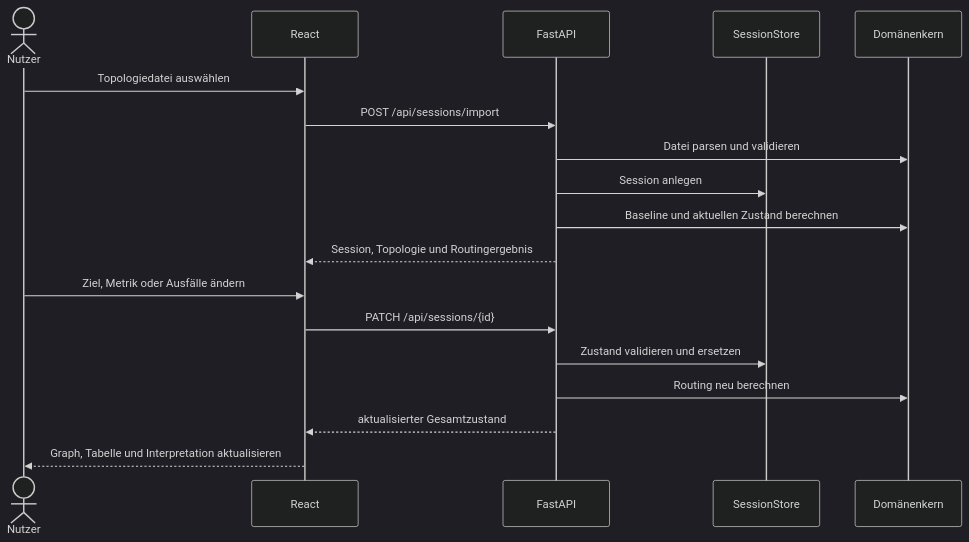
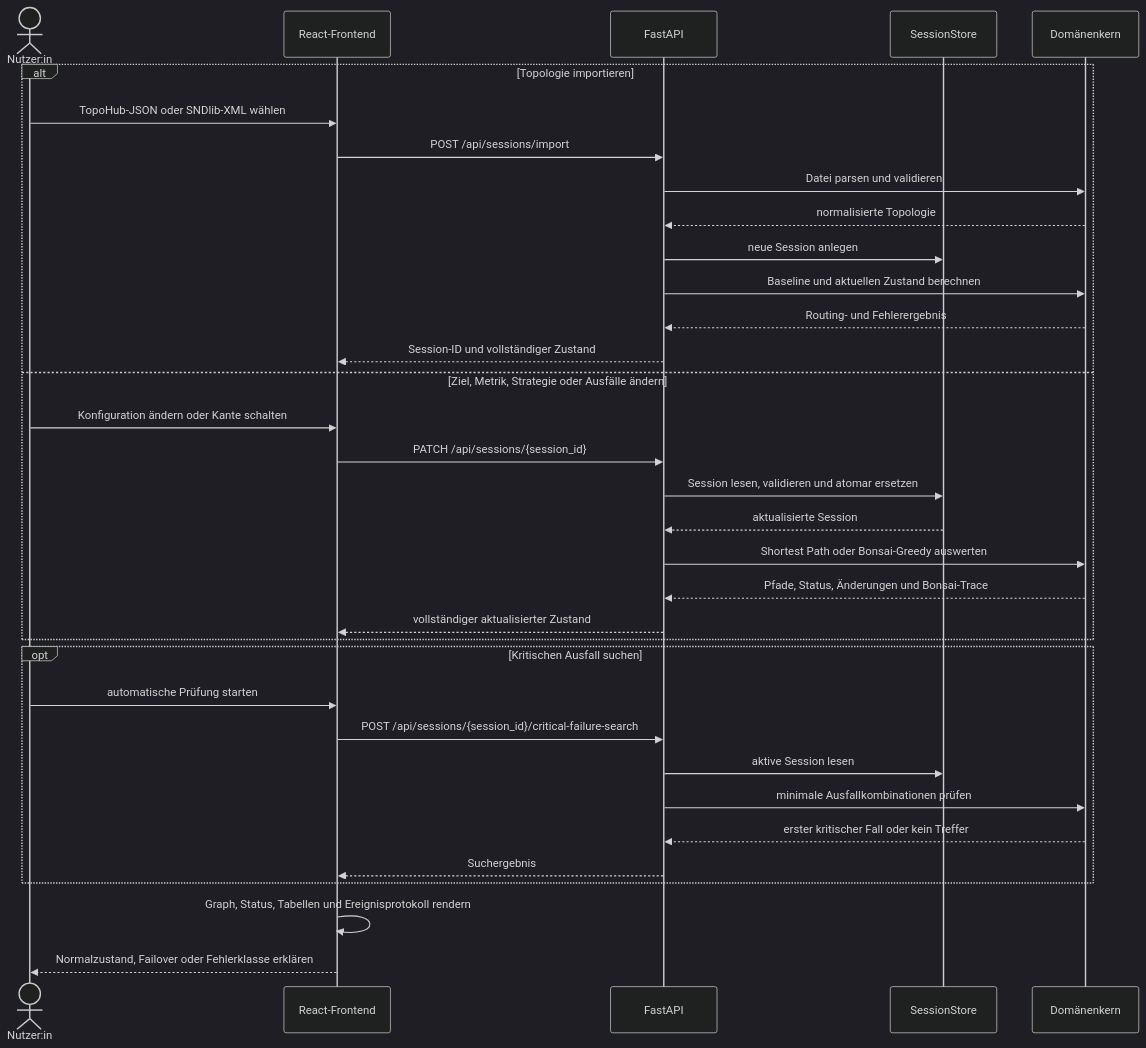
The second of 2 diagrams in ARCHITECTURE.md (sammo3332/routing-simulator-hci-concept), drawn with Mermaid (dark theme) before and after one commit. The commit also changed other lines of this file, not shown here.

Commit message:
docs: replace legacy architecture and failover diagrams

````diff
--- a/ARCHITECTURE.md
+++ b/ARCHITECTURE.md
@@ -162,22 +181,39 @@
 ```mermaid
 sequenceDiagram
-    actor U as Nutzer
-    participant F as React
+    actor U as Nutzer:in
+    participant F as React-Frontend
     participant A as FastAPI
     participant S as SessionStore
     participant C as Domänenkern
 
-    U->>F: Topologiedatei auswählen
-    F->>A: POST /api/sessions/import
-    A->>C: Datei parsen und validieren
-    A->>S: Session anlegen
-    A->>C: Baseline und aktuellen Zustand berechnen
-    A-->>F: Session, Topologie und Routingergebnis
+    alt Topologie importieren
+        U->>F: TopoHub-JSON oder SNDlib-XML wählen
+        F->>A: POST /api/sessions/import
+        A->>C: Datei parsen und validieren
+        C-->>A: normalisierte Topologie
+        A->>S: neue Session anlegen
+        A->>C: Baseline und aktuellen Zustand berechnen
+        C-->>A: Routing- und Fehlerergebnis
+        A-->>F: Session-ID und vollständiger Zustand
+    else Ziel, Metrik, Strategie oder Ausfälle ändern
+        U->>F: Konfiguration ändern oder Kante schalten
+        F->>A: PATCH /api/sessions/{session_id}
+        A->>S: Session lesen, validieren und atomar ersetzen
+        S-->>A: aktualisierte Session
+        A->>C: Shortest Path oder Bonsai-Greedy auswerten
+        C-->>A: Pfade, Status, Änderungen und Bonsai-Trace
+        A-->>F: vollständiger aktualisierter Zustand
+    end
 
-    U->>F: Ziel, Metrik oder Ausfälle ändern
-    F->>A: PATCH /api/sessions/{id}
-    A->>S: Zustand validieren und ersetzen
-    A->>C: Routing neu berechnen
-    A-->>F: aktualisierter Gesamtzustand
-    F-->>U: Graph, Tabelle und Interpretation aktualisieren
+    opt Kritischen Ausfall suchen
+        U->>F: automatische Prüfung starten
+        F->>A: POST /api/sessions/{session_id}/critical-failure-search
+        A->>S: aktive Session lesen
+        A->>C: minimale Ausfallkombinationen prüfen
+        C-->>A: erster kritischer Fall oder kein Treffer
+        A-->>F: Suchergebnis
+    end
+
+    F->>F: Graph, Status, Tabellen und Ereignisprotokoll rendern
+    F-->>U: Normalzustand, Failover oder Fehlerklasse erklären
 ```
````
